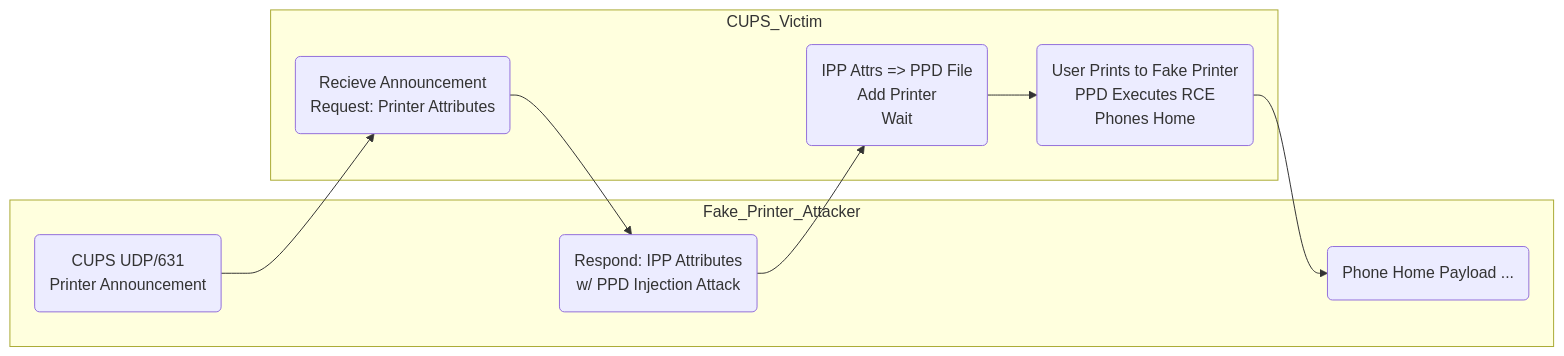
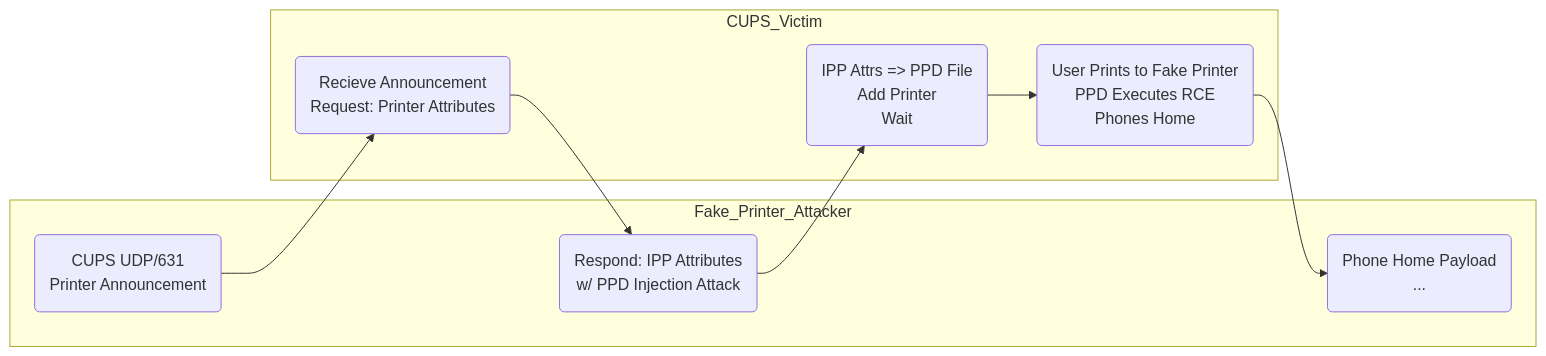
The diagram in vms/printz/servers/diagram.md (g0t4/examples), drawn with Mermaid before and after one commit.

````diff
--- a/vms/printz/servers/diagram.md
+++ b/vms/printz/servers/diagram.md
@@ -2,38 +2,39 @@
 ```mermaid
 flowchart LR
 
     subgraph Fake_Printer_Attacker
         
         A(CUPS UDP/631 
             Printer Announcement)
         C(Respond: IPP Attributes
             w/ PPD Injection Attack)
 
-        F(Phone Home Payload ...)
+        F(Phone Home Payload 
+            ...)
     end
 
 
     subgraph CUPS_Victim
         B(Recieve Announcement
             Request: Printer Attributes)
         D(IPP Attrs => PPD File
             Add Printer
             Wait)
 
         E(User Prints to Fake Printer
             PPD Executes RCE
             Phones Home)
     end
 
 
     A --> B
     B --> C
     C --> D
     D --> E
     E --> F
 
 
 
 
 
 ```
````
